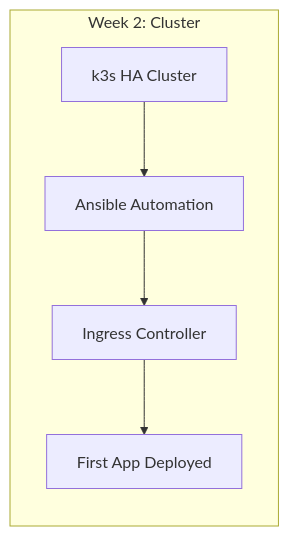
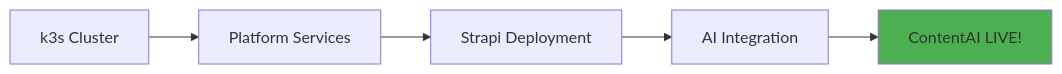
One commit to PearlThoughtsInternship/Internship-Obsidian-Vault changed the eighth of 11 diagrams in DevOps/02-Engineering/01-Architecture.md. Above: the diagram before and after it, drawn with Mermaid. The commit also changed other lines of this file and 1 other file, not shown here.

First line of the commit message:
Rewrite market context and architecture with ContentAI product-first narrative

````diff
--- a/DevOps/02-Engineering/01-Architecture.md
+++ b/DevOps/02-Engineering/01-Architecture.md
@@ -447,8 +375,9 @@
 ```mermaid
 flowchart LR
-    subgraph W2["Week 2: Cluster"]
-        T5["k3s HA Cluster"] --> T6["Ansible Automation"]
-        T6 --> T7["Ingress Controller"]
-        T7 --> T8["First App Deployed"]
-    end
+    T5["k3s Cluster"] --> T6["Platform Services"]
+    T6 --> T7["Strapi Deployment"]
+    T7 --> T8["AI Integration"]
+    T8 --> T9["ContentAI LIVE!"]
+
+    style T9 fill:#4CAF50
 ```
````
